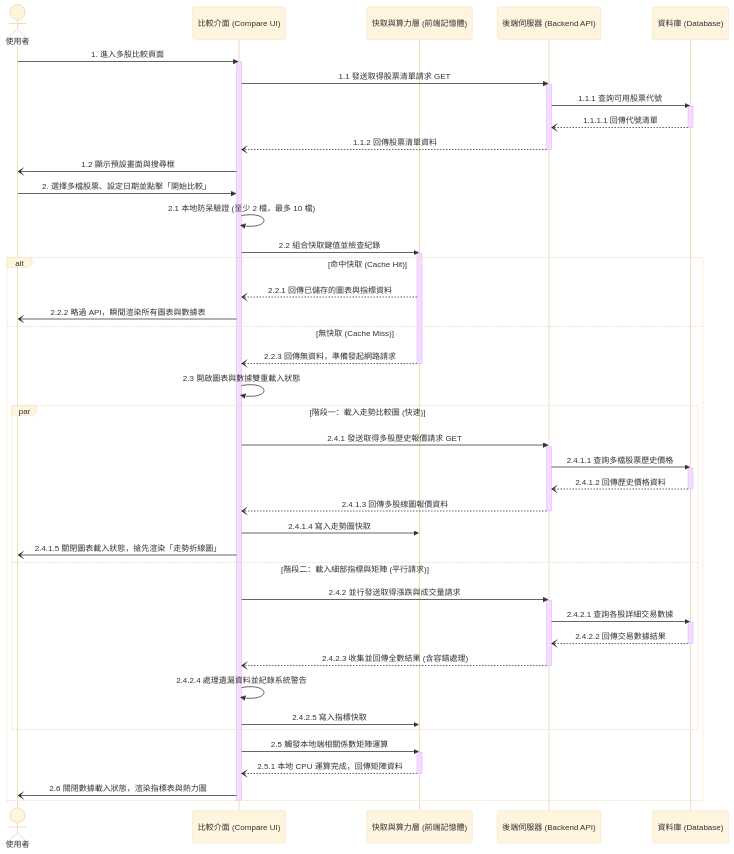
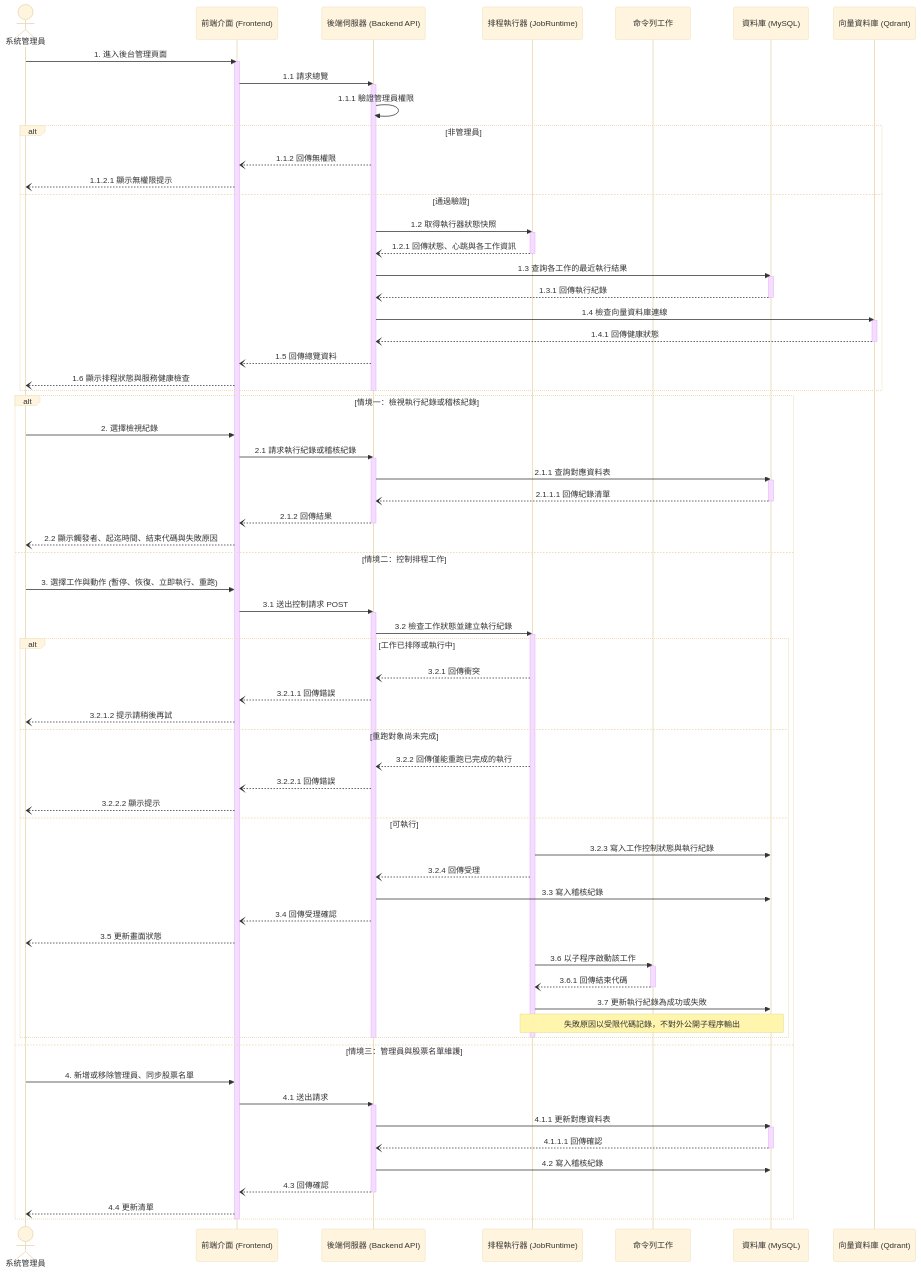
Before and after one commit to weeei001/115409: the sixth of 6 diagrams in docs/圖檔/Sequential Diagram/Sequential diagram.md, drawn with Mermaid (base theme). The commit also changed other lines of this file and 28 other files, not shown here.

````diff
--- a/docs/圖檔/Sequential Diagram/Sequential diagram.md
+++ b/docs/圖檔/Sequential Diagram/Sequential diagram.md
@@ -367,86 +381,91 @@
 ```mermaid
 sequenceDiagram
-    actor User as 使用者
-    participant UI as 比較介面 (Compare UI)
-    participant Cache as 快取與算力層 (前端記憶體)
+    actor Admin as 系統管理員
+    participant FE as 前端介面 (Frontend)
     participant API as 後端伺服器 (Backend API)
-    %% 💡 升級重點一：補上資料庫
-    participant DB as 資料庫 (Database)
+    participant RT as 排程執行器 (JobRuntime)
+    participant Job as 命令列工作
+    participant DB as 資料庫 (MySQL)
+    participant VDB as 向量資料庫 (Qdrant)
 
-    %% 初始化階段
-    User->>UI: 1. 進入多股比較頁面
-    activate UI
-    UI->>API: 1.1 發送取得股票清單請求 GET
+    Admin->>FE: 1. 進入後台管理頁面
+    activate FE
+    FE->>API: 1.1 請求總覽
     activate API
-    
-    API->>DB: 1.1.1 查詢可用股票代號
-    activate DB
-    DB--)API: 1.1.1.1 回傳代號清單
-    deactivate DB
-    
-    API--)UI: 1.1.2 回傳股票清單資料
+    API->>API: 1.1.1 驗證管理員權限
+    alt 非管理員
+        API--)FE: 1.1.2 回傳無權限
+        FE--)Admin: 1.1.2.1 顯示無權限提示
+    else 通過驗證
+        API->>RT: 1.2 取得執行器狀態快照
+        activate RT
+        RT--)API: 1.2.1 回傳狀態、心跳與各工作資訊
+        deactivate RT
+        API->>DB: 1.3 查詢各工作的最近執行結果
+        activate DB
+        DB--)API: 1.3.1 回傳執行紀錄
+        deactivate DB
+        API->>VDB: 1.4 檢查向量資料庫連線
+        activate VDB
+        VDB--)API: 1.4.1 回傳健康狀態
+        deactivate VDB
+        API--)FE: 1.5 回傳總覽資料
+        FE--)Admin: 1.6 顯示排程狀態與服務健康檢查
+    end
     deactivate API
-    UI-)User: 1.2 顯示預設畫面與搜尋框
-    
-    %% 使用者操作與快取驗證
-    User->>UI: 2. 選擇多檔股票、設定日期並點擊「開始比較」
-    UI->>UI: 2.1 本地防呆驗證 (至少 2 檔，最多 10 檔)
-    
-    %% 💡 升級重點二：抽象化 (拿掉 queryKey)
-    UI->>Cache: 2.2 組合快取鍵值並檢查紀錄
-    activate Cache
-    
-    alt 命中快取 (Cache Hit)
-        Cache--)UI: 2.2.1 回傳已儲存的圖表與指標資料
-        UI-)User: 2.2.2 略過 API，瞬間渲染所有圖表與數據表
-    else 無快取 (Cache Miss)
-        Cache--)UI: 2.2.3 回傳無資料，準備發起網路請求
-        deactivate Cache
-        
-        %% 💡 抽象化 (拿掉 chartLoading, metricsLoading)
-        UI->>UI: 2.3 開啟圖表與數據雙重載入狀態
-        
-        %% 平行處理：搶先渲染與巨量請求
-        par 階段一：載入走勢比較圖 (快速)
-            UI->>API: 2.4.1 發送取得多股歷史報價請求 GET
-            activate API
-            
-            API->>DB: 2.4.1.1 查詢多檔股票歷史價格
-            activate DB
-            DB--)API: 2.4.1.2 回傳歷史價格資料
-            deactivate DB
-            
-            API--)UI: 2.4.1.3 回傳多股線圖報價資料
-            deactivate API
-            
-            %% 💡 抽象化 (拿掉 compareCacheRef)
-            UI->>Cache: 2.4.1.4 寫入走勢圖快取
-            UI-)User: 2.4.1.5 關閉圖表載入狀態，搶先渲染「走勢折線圖」
-        and 階段二：載入細部指標與矩陣 (平行請求)
-            UI->>API: 2.4.2 並行發送取得漲跌與成交量請求
-            activate API
-            
-            API->>DB: 2.4.2.1 查詢各股詳細交易數據
-            activate DB
-            DB--)API: 2.4.2.2 回傳交易數據結果
-            deactivate DB
-            
-            API--)UI: 2.4.2.3 收集並回傳全數結果 (含容錯處理)
-            deactivate API
-            
-            %% 💡 抽象化 (拿掉 warnings 與 metricsCacheRef)
-            UI->>UI: 2.4.2.4 處理遺漏資料並紀錄系統警告
-            UI->>Cache: 2.4.2.5 寫入指標快取
+
+    alt 情境一：檢視執行紀錄或稽核紀錄
+        Admin->>FE: 2. 選擇檢視紀錄
+        FE->>API: 2.1 請求執行紀錄或稽核紀錄
+        activate API
+        API->>DB: 2.1.1 查詢對應資料表
+        activate DB
+        DB--)API: 2.1.1.1 回傳紀錄清單
+        deactivate DB
+        API--)FE: 2.1.2 回傳結果
+        deactivate API
+        FE--)Admin: 2.2 顯示觸發者、起迄時間、結束代碼與失敗原因
+    else 情境二：控制排程工作
+        Admin->>FE: 3. 選擇工作與動作 (暫停、恢復、立即執行、重跑)
+        FE->>API: 3.1 送出控制請求 POST
+        activate API
+        API->>RT: 3.2 檢查工作狀態並建立執行紀錄
+        activate RT
+        alt 工作已排隊或執行中
+            RT--)API: 3.2.1 回傳衝突
+            API--)FE: 3.2.1.1 回傳錯誤
+            FE--)Admin: 3.2.1.2 提示請稍後再試
+        else 重跑對象尚未完成
+            RT--)API: 3.2.2 回傳僅能重跑已完成的執行
+            API--)FE: 3.2.2.1 回傳錯誤
+            FE--)Admin: 3.2.2.2 顯示提示
+        else 可執行
+            RT->>DB: 3.2.3 寫入工作控制狀態與執行紀錄
+            RT--)API: 3.2.4 回傳受理
+            API->>DB: 3.3 寫入稽核紀錄
+            API--)FE: 3.4 回傳受理確認
+            FE--)Admin: 3.5 更新畫面狀態
+            RT->>Job: 3.6 以子程序啟動該工作
+            activate Job
+            Job--)RT: 3.6.1 回傳結束代碼
+            deactivate Job
+            RT->>DB: 3.7 更新執行紀錄為成功或失敗
+            Note over RT,DB: 失敗原因以受限代碼記錄，不對外公開子程序輸出
         end
-        
-        %% 前端運算層
-        %% 💡 抽象化 (拿掉 buildCorrelationMatrix)
-        UI->>Cache: 2.5 觸發本地端相關係數矩陣運算
-        activate Cache
-        Cache--)UI: 2.5.1 本地 CPU 運算完成，回傳矩陣資料
-        deactivate Cache
-        
-        UI-)User: 2.6 關閉數據載入狀態，渲染指標表與熱力圖
+        deactivate RT
+        deactivate API
+    else 情境三：管理員與股票名單維護
+        Admin->>FE: 4. 新增或移除管理員、同步股票名單
+        FE->>API: 4.1 送出請求
+        activate API
+        API->>DB: 4.1.1 更新對應資料表
+        activate DB
+        DB--)API: 4.1.1.1 回傳確認
+        deactivate DB
+        API->>DB: 4.2 寫入稽核紀錄
+        API--)FE: 4.3 回傳確認
+        deactivate API
+        FE--)Admin: 4.4 更新清單
     end
-    deactivate UI
+    deactivate FE
 ```
````
